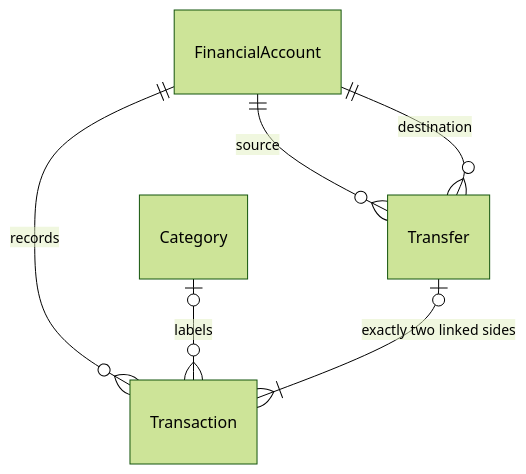
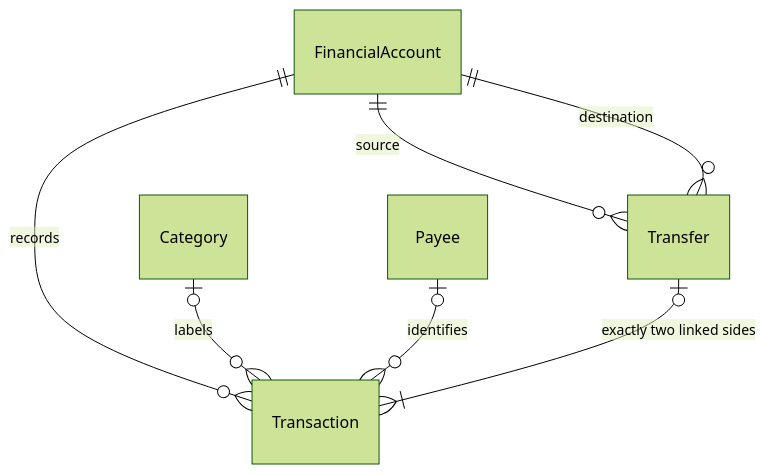
One commit to GabrielTeixeira88/Finance-Tracker changed the diagram in docs/DATA_MODEL.md. Above: the diagram before and after it, drawn with Mermaid (forest theme). The commit also changed other lines of this file and 46 other files, not shown here.

Commit message:
feat: add transaction intelligence, rules, payee learning and schedules

````diff
--- a/docs/DATA_MODEL.md
+++ b/docs/DATA_MODEL.md
@@ -6,8 +6,9 @@
 ```mermaid
 erDiagram
     FinancialAccount ||--o{ Transaction : records
     Category o|--o{ Transaction : labels
+    Payee o|--o{ Transaction : identifies
     FinancialAccount ||--o{ Transfer : source
     FinancialAccount ||--o{ Transfer : destination
     Transfer o|--|{ Transaction : "exactly two linked sides"
 ```
````
